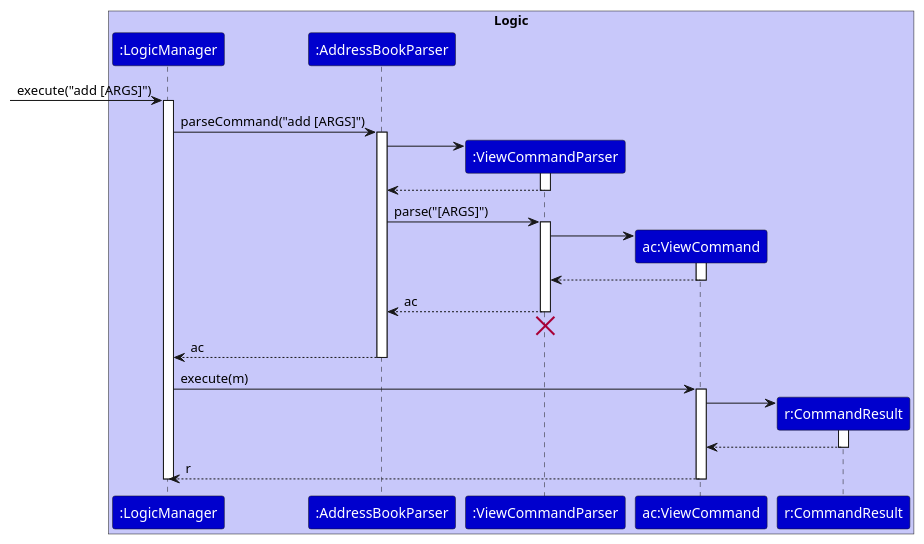
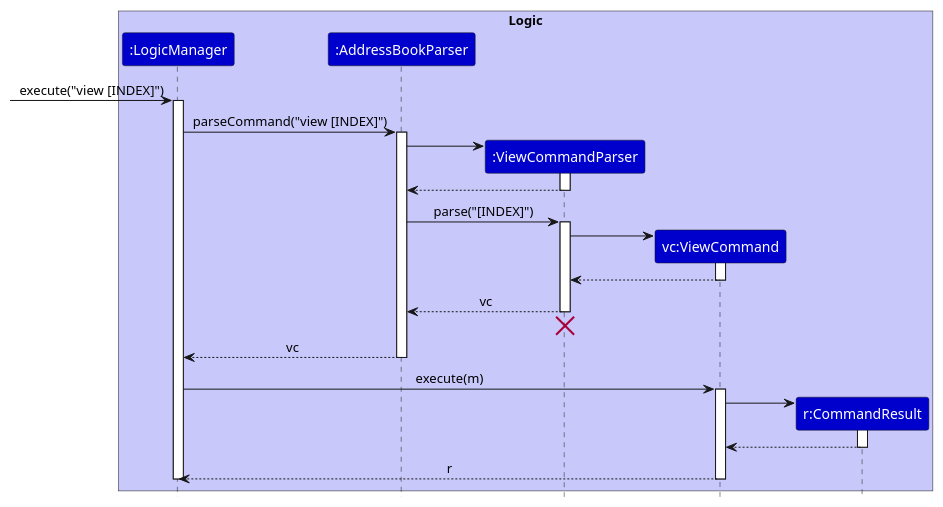
The diagram in docs/diagrams/ViewSequenceDiagram.puml (camille-readbean/tp), drawn with PlantUML before and after one commit. The commit also changed 3 other files, not shown here.

Commit message:
Update UML diagrams

```diff
--- a/docs/diagrams/ViewSequenceDiagram.puml
+++ b/docs/diagrams/ViewSequenceDiagram.puml
@@ -1,59 +1,61 @@
 @startuml
 skinparam ArrowFontStyle plain
 skinparam FontColor White
+hide footbox
+skinparam sequenceMessageAlign center
 
 box "Logic" #C8C8FA
 participant "<color #white>:LogicManager</color>" as LogicManager #MediumBlue
 participant "<color #white>:AddressBookParser</color>" as AddressBookParser #MediumBlue
 participant "<color #white>:ViewCommandParser</color>" as ViewCommandParser #MediumBlue
-participant "<color #white>ac:ViewCommand</color>" as ViewCommand #MediumBlue
+participant "<color #white>vc:ViewCommand</color>" as ViewCommand #MediumBlue
 participant "<color #white>r:CommandResult</color>" as CommandResult #MediumBlue
 end box
 
-[-> LogicManager : execute("add [ARGS]")
+[-> LogicManager : execute("view [INDEX]")
 activate LogicManager
 
-LogicManager -> AddressBookParser : parseCommand("add [ARGS]")
+LogicManager -> AddressBookParser : parseCommand("view [INDEX]")
 activate AddressBookParser
 
 create ViewCommandParser
 AddressBookParser -> ViewCommandParser
 activate ViewCommandParser
 
 ViewCommandParser --> AddressBookParser
 deactivate ViewCommandParser
 
-AddressBookParser -> ViewCommandParser : parse("[ARGS]")
+AddressBookParser -> ViewCommandParser : parse("[INDEX]")
 activate ViewCommandParser
 
 create ViewCommand
 ViewCommandParser -> ViewCommand
 activate ViewCommand
 
 ViewCommand --> ViewCommandParser :
 deactivate ViewCommand
 
-ViewCommandParser --> AddressBookParser : ac
+ViewCommandParser --> AddressBookParser : vc
 deactivate ViewCommandParser
 'Hidden arrow to position the destroy marker below the end of the activation bar.
 ViewCommandParser -[hidden]-> AddressBookParser
 destroy ViewCommandParser
 
-AddressBookParser --> LogicManager : ac
+AddressBookParser --> LogicManager : vc
 deactivate AddressBookParser
 
 LogicManager -> ViewCommand : execute(m)
 activate ViewCommand
 
 create CommandResult
 ViewCommand -> CommandResult
 activate CommandResult
 
 CommandResult --> ViewCommand
 deactivate CommandResult
 
 ViewCommand --> LogicManager : r
 deactivate ViewCommand
 
 deactivate LogicManager
 @enduml
```
